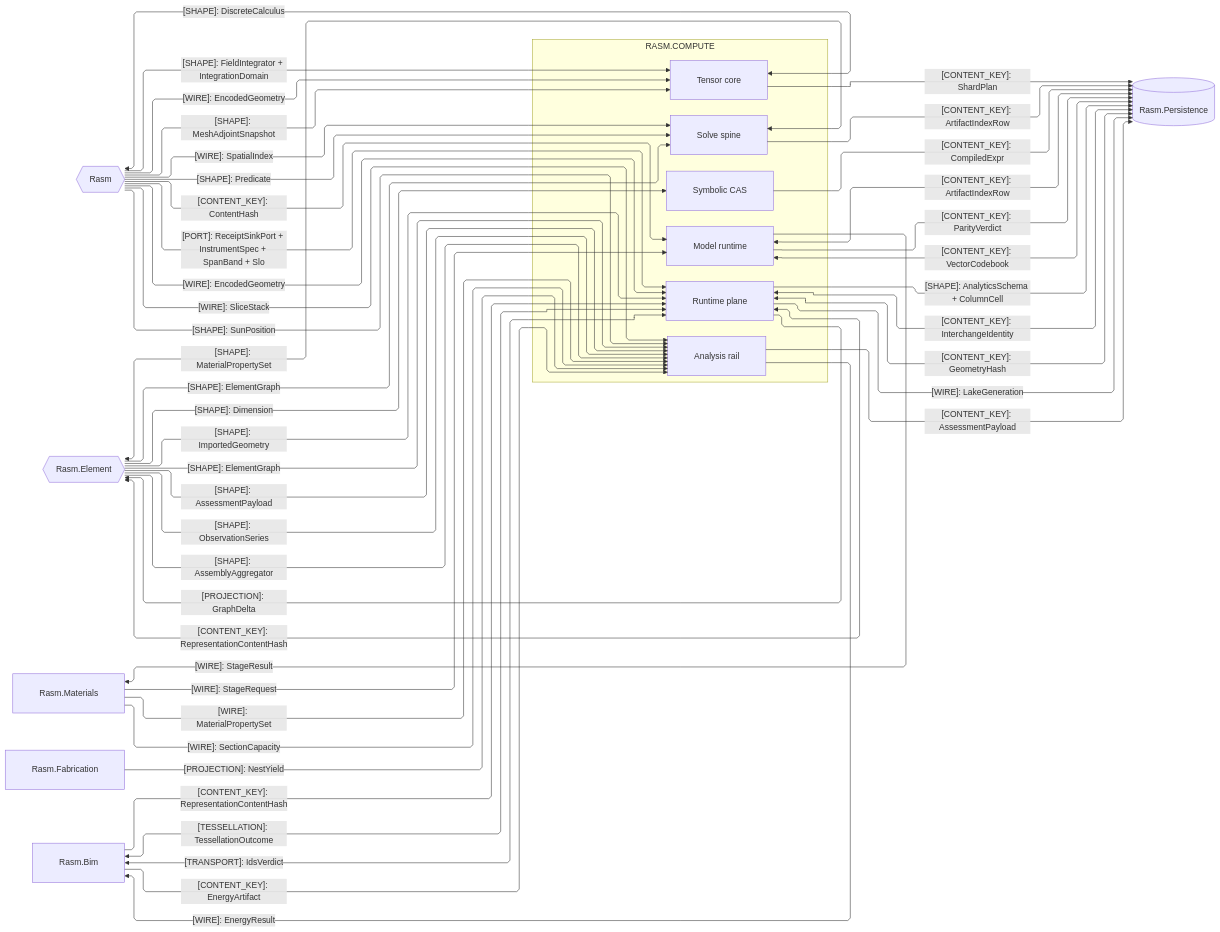
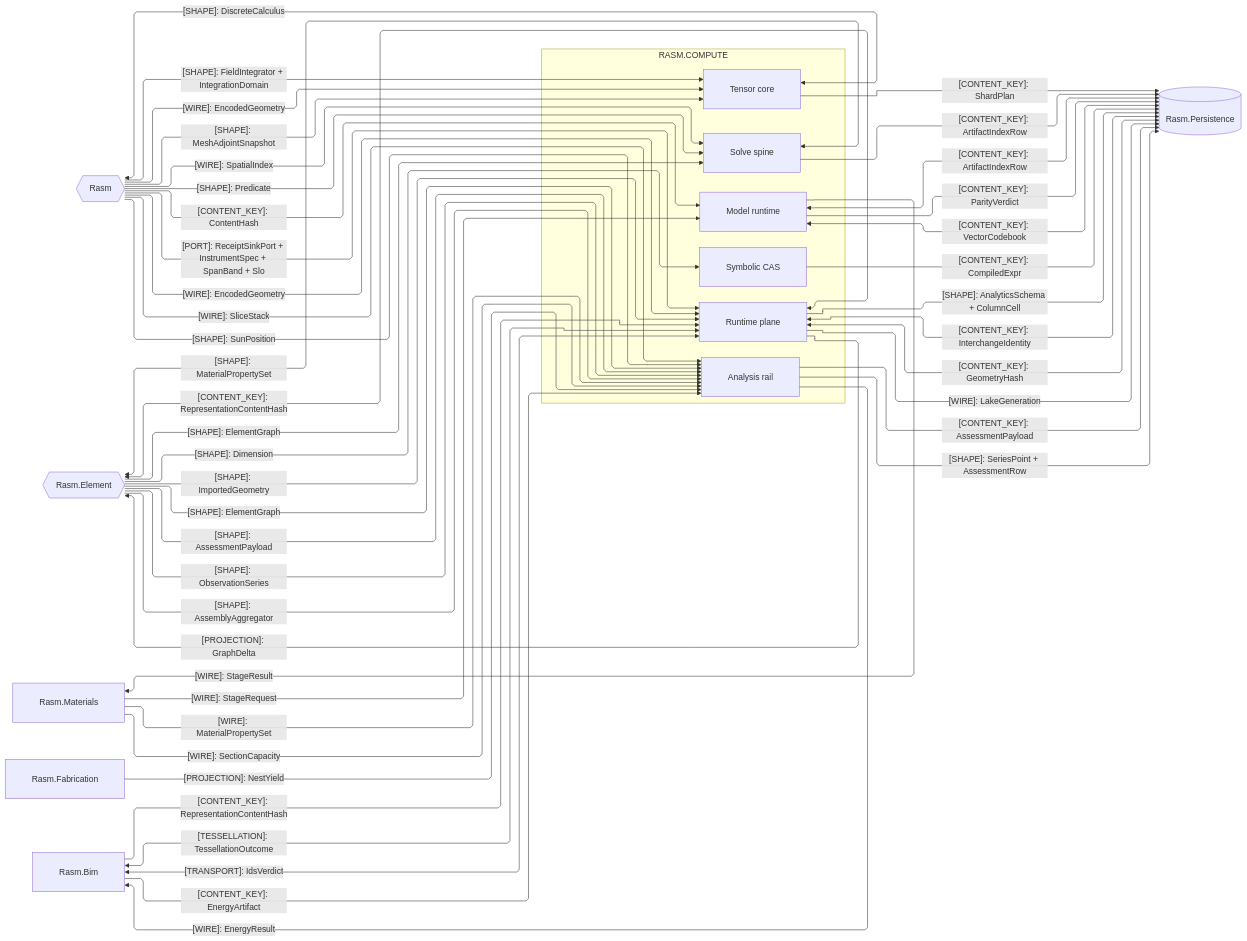
Before and after one commit to bsamiee/Rasm: the second of 4 diagrams in libs/csharp/Rasm.Compute/ARCHITECTURE.md, drawn with Mermaid. The commit also changed other lines of this file and 55 other files, not shown here.

````diff
--- a/libs/csharp/Rasm.Compute/ARCHITECTURE.md
+++ b/libs/csharp/Rasm.Compute/ARCHITECTURE.md
@@ -132,68 +150,69 @@
 ```mermaid
 ---
 config:
   layout: elk
   flowchart:
     curve: linear
     padding: 25
 ---
 flowchart LR
     accTitle: Compute AEC-domain and storage seams
     accDescr: Which kinded contract shapes cross between Compute's owners, the kernel, the AEC peers, and the persistence store.
     subgraph compute[RASM.COMPUTE]
         Model[Model runtime]
         Tensor[Tensor core]
         Solver[Solve spine]
         Symbolic[Symbolic CAS]
         Analysis[Analysis rail]
         Runtime[Runtime plane]
     end
     Rasm{{Rasm}}
     Persistence[(Rasm.Persistence)]
     Element{{Rasm.Element}}
     Materials[Rasm.Materials]
     Fabrication[Rasm.Fabrication]
     Bim[Rasm.Bim]
     Rasm e1@-->|"[CONTENT_KEY]: ContentHash"| Model
     Rasm e2@-->|"[PORT]: ReceiptSinkPort + InstrumentSpec + SpanBand + Slo"| Runtime
     Rasm e3@-->|"[SHAPE]: Predicate"| Solver
     Tensor e4@<-->|"[SHAPE]: DiscreteCalculus"| Rasm
     Rasm e5@-->|"[WIRE]: SliceStack"| Analysis
     Rasm e6@-->|"[SHAPE]: MeshAdjointSnapshot"| Tensor
     Rasm e7@-->|"[WIRE]: SpatialIndex"| Solver
     Rasm e8@-->|"[WIRE]: EncodedGeometry"| Tensor
     Rasm e9@-->|"[SHAPE]: FieldIntegrator + IntegrationDomain"| Tensor
     Rasm e10@-->|"[SHAPE]: SunPosition"| Analysis
     Model e11@<-->|"[CONTENT_KEY]: ArtifactIndexRow"| Persistence
     Model e12@-->|"[CONTENT_KEY]: ParityVerdict"| Persistence
     Model e13@<-->|"[CONTENT_KEY]: VectorCodebook"| Persistence
     Tensor e14@-->|"[CONTENT_KEY]: ShardPlan"| Persistence
     Solver e15@-->|"[CONTENT_KEY]: ArtifactIndexRow"| Persistence
     Symbolic e16@-->|"[CONTENT_KEY]: CompiledExpr"| Persistence
     Analysis e17@-->|"[CONTENT_KEY]: AssessmentPayload"| Persistence
+    Analysis e30@-->|"[SHAPE]: SeriesPoint + AssessmentRow"| Persistence
     Runtime e18@<-->|"[CONTENT_KEY]: InterchangeIdentity"| Persistence
     Runtime e19@<-->|"[CONTENT_KEY]: GeometryHash"| Persistence
     Runtime e20@-->|"[WIRE]: LakeGeneration"| Persistence
     Runtime e21@-->|"[SHAPE]: AnalyticsSchema + ColumnCell"| Persistence
     Rasm e22@-->|"[WIRE]: EncodedGeometry"| Runtime
     Solver e23@<-->|"[SHAPE]: MaterialPropertySet"| Element
     Element e24@-->|"[SHAPE]: Dimension"| Symbolic
     Element e25@-->|"[SHAPE]: ElementGraph"| Analysis
     Element e26@-->|"[SHAPE]: ElementGraph"| Solver
     Element e27@-->|"[SHAPE]: AssessmentPayload"| Analysis
     Element e28@-->|"[SHAPE]: ObservationSeries"| Analysis
     Runtime e29@-->|"[PROJECTION]: GraphDelta"| Element
     Runtime e30@<-->|"[CONTENT_KEY]: RepresentationContentHash"| Element
     Element e31@-->|"[SHAPE]: ImportedGeometry"| Runtime
     Element e32@-->|"[SHAPE]: AssemblyAggregator"| Analysis
     Materials e33@-->|"[WIRE]: MaterialPropertySet"| Analysis
     Materials e34@-->|"[WIRE]: SectionCapacity"| Analysis
     Materials e35@-->|"[WIRE]: StageRequest"| Model
     Model e36@-->|"[WIRE]: StageResult"| Materials
     Fabrication e37@-->|"[PROJECTION]: NestYield"| Analysis
     Bim e38@<-->|"[TESSELLATION]: TessellationOutcome"| Runtime
     Bim e39@<-->|"[TRANSPORT]: IdsVerdict"| Runtime
     Bim e40@-->|"[CONTENT_KEY]: RepresentationContentHash"| Runtime
     Bim e41@-->|"[CONTENT_KEY]: EnergyArtifact"| Analysis
     Analysis e42@-->|"[WIRE]: EnergyResult"| Bim
 ```
````
